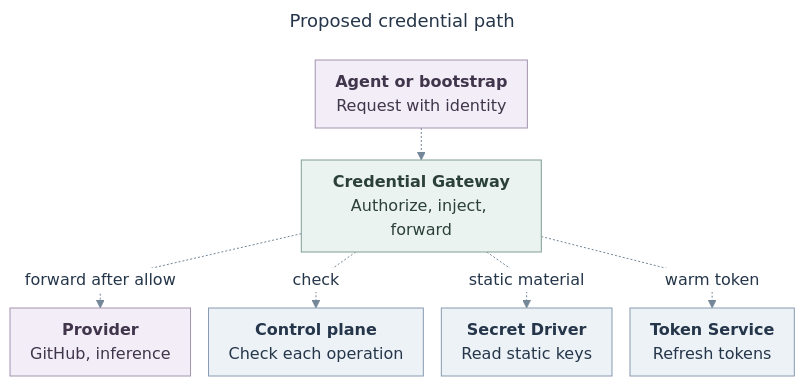
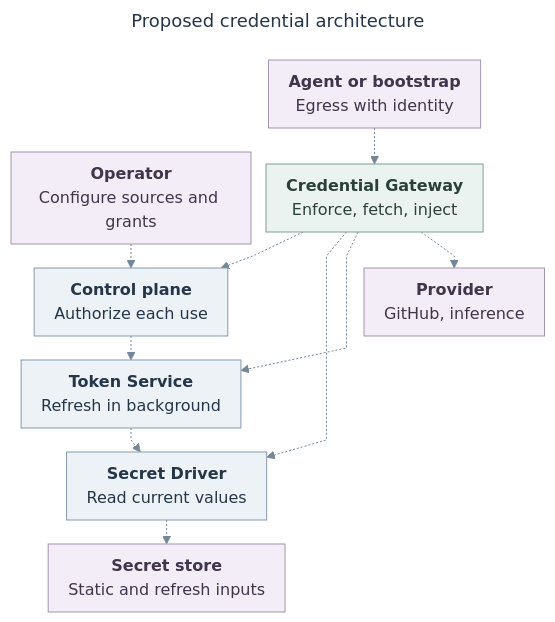
One commit to freeqaz-openai/openclaw-enterprise changed the diagram in specs/rfcs/0080-credential-gateway-token-service/assets/overview.mmd. Above: the diagram before and after it, drawn with Mermaid. The commit also changed 2 other files, not shown here.

Commit message:
docs(rfc): clarify credential ownership and rotation

```diff
--- a/specs/rfcs/0080-credential-gateway-token-service/assets/overview.mmd
+++ b/specs/rfcs/0080-credential-gateway-token-service/assets/overview.mmd
@@ -1,38 +1,45 @@
 ---
-title: "Proposed credential path"
+title: "Proposed credential architecture"
 config:
   theme: base
   htmlLabels: true
   themeVariables:
     fontFamily: "Arial, sans-serif"
     fontSize: "16px"
     primaryTextColor: "#25364A"
     lineColor: "#748798"
     edgeLabelBackground: "#FFFFFF"
   flowchart:
     useMaxWidth: false
     curve: linear
-    nodeSpacing: 18
-    rankSpacing: 32
+    nodeSpacing: 15
+    rankSpacing: 24
     padding: 10
     diagramPadding: 12
 ---
 flowchart TB
-  Agent["<b>Agent or bootstrap</b><br/>Request with identity"]
-  Gateway["<b>Credential Gateway</b><br/>Authorize, inject, forward"]
+  Setup["<b>Operator</b><br/>Configure sources and grants"]
+  Control["<b>Control plane</b><br/>Authorize each use"]
+  Store["<b>Secret store</b><br/>Static and refresh inputs"]
+  Static["<b>Secret Driver</b><br/>Read current values"]
+  Dynamic["<b>Token Service</b><br/>Refresh in background"]
+  Agent["<b>Agent or bootstrap</b><br/>Egress with identity"]
+  Gateway["<b>Credential Gateway</b><br/>Enforce, fetch, inject"]
   Provider["<b>Provider</b><br/>GitHub, inference"]
-  Control["<b>Control plane</b><br/>Check each operation"]
-  Static["<b>Secret Driver</b><br/>Read static keys"]
-  Dynamic["<b>Token Service</b><br/>Refresh tokens"]
+  Setup -.-> Control
+  Control -.-> Dynamic
   Agent -.-> Gateway
-  Gateway -.->|forward after allow| Provider
-  Gateway -.->|check| Control
-  Gateway -.->|static material| Static
-  Gateway -.->|warm token| Dynamic
-  class Agent,Provider external
+  Gateway -.-> Control
+  Gateway -.-> Static
+  Gateway -.-> Dynamic
+  Static -.-> Store
+  Dynamic -.-> Static
+  Gateway -.-> Provider
+  class Setup,Agent,Provider external
+  class Store external
   class Gateway action
   class Control,Static,Dynamic api
   classDef api fill:#EDF2F7,stroke:#879AB0,color:#25364A,stroke-width:1px
   classDef action fill:#EBF3F0,stroke:#7F9D93,color:#2B4038,stroke-width:1px
   classDef external fill:#F2EDF6,stroke:#A394AF,color:#40354B,stroke-width:1px
   linkStyle default stroke:#748798,stroke-width:1px
```
